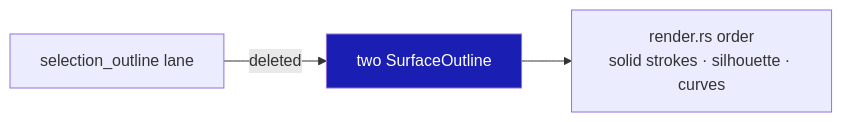
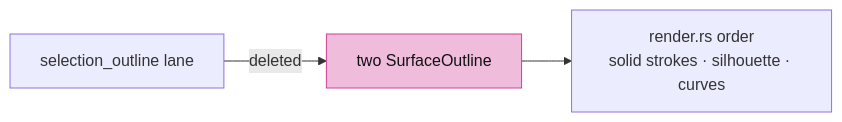
Before and after one commit to petrasvestartas/session: diagram 20 of 20 in session_viewer/docs/17-source-presentation.md, drawn with Mermaid. The commit also changed other lines of this file and 23 other files, not shown here.

Commit message:
Course: Mermaid nodes white with black text, highlighted nodes pink, white arrows and edge labels on the black ground

````diff
--- a/session_viewer/docs/17-source-presentation.md
+++ b/session_viewer/docs/17-source-presentation.md
@@ -415,6 +415,6 @@
 ```mermaid
 flowchart LR
     X["selection_outline lane"] -- "deleted" --> Y["two SurfaceOutline"]
     Y --> F["render.rs order<br/>solid strokes · silhouette · curves"]
-    style Y fill:#1a1eb2,color:#fff
+    style Y fill:#f0bcdb,stroke:#ce4095,color:#111
 ```
````
